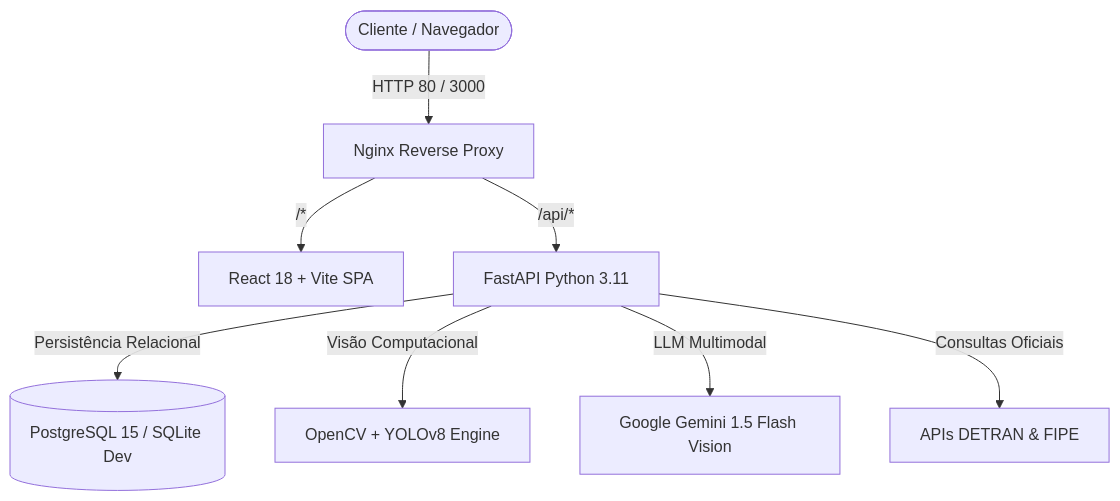
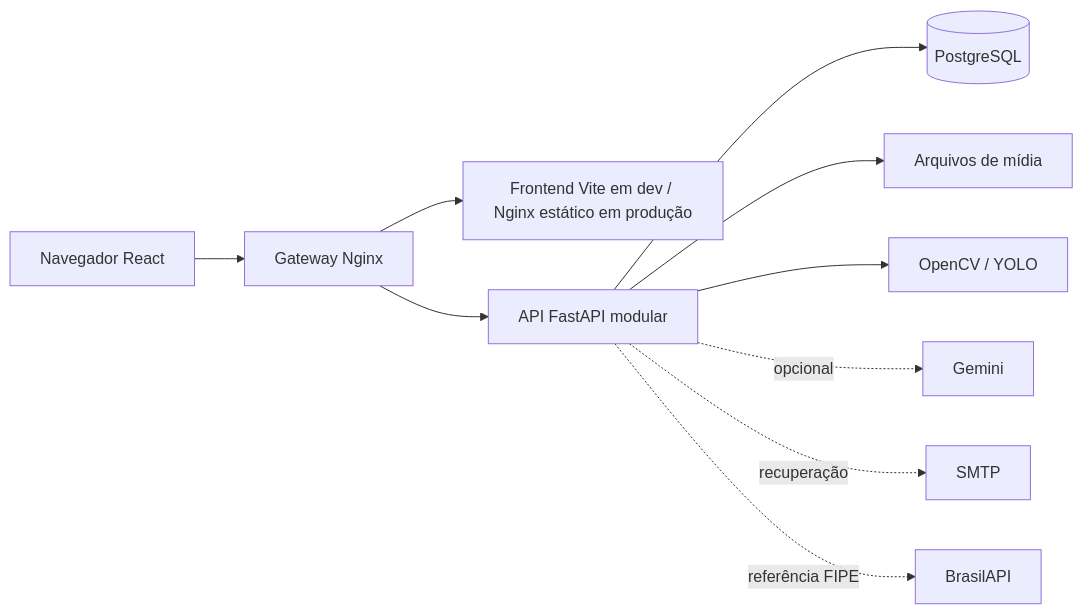
Before and after one commit to carlswilson22/Automatch: the diagram in docs/arquitetura.md, drawn with Mermaid. The commit also changed other lines of this file and 58 other files, not shown here.

````diff
--- a/docs/arquitetura.md
+++ b/docs/arquitetura.md
@@ -14,10 +9,12 @@
 ```mermaid
-graph TD
-    User([Cliente / Navegador]) -->|HTTP 80 / 3000| Gateway[Nginx Reverse Proxy]
-    Gateway -->|/*| Frontend[React 18 + Vite SPA]
-    Gateway -->|/api/*| Backend[FastAPI Python 3.11]
-    Backend -->|Persistência Relacional| DB[(PostgreSQL 15 / SQLite Dev)]
-    Backend -->|Visão Computacional| VisionEngine[OpenCV + YOLOv8 Engine]
-    Backend -->|LLM Multimodal| GeminiAPI[Google Gemini 1.5 Flash Vision]
-    Backend -->|Consultas Oficiais| ExternalGov[APIs DETRAN & FIPE]
+flowchart LR
+    U[Navegador React] --> G[Gateway Nginx]
+    G --> F[Frontend Vite em dev / Nginx estático em produção]
+    G --> A[API FastAPI modular]
+    A --> D[(PostgreSQL)]
+    A --> M[Arquivos de mídia]
+    A --> V[OpenCV / YOLO]
+    A -. opcional .-> I[Gemini]
+    A -. recuperação .-> E[SMTP]
+    A -. referência FIPE .-> B[BrasilAPI]
 ```
````
